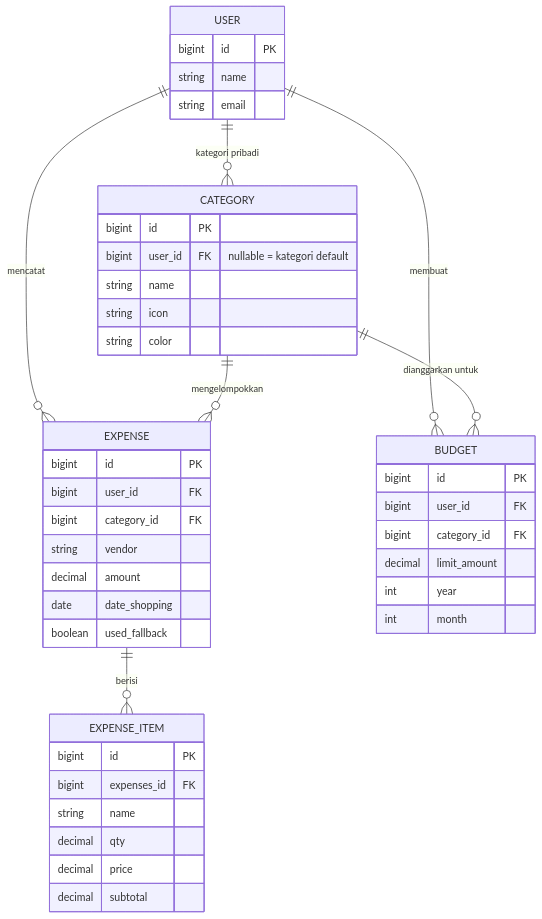
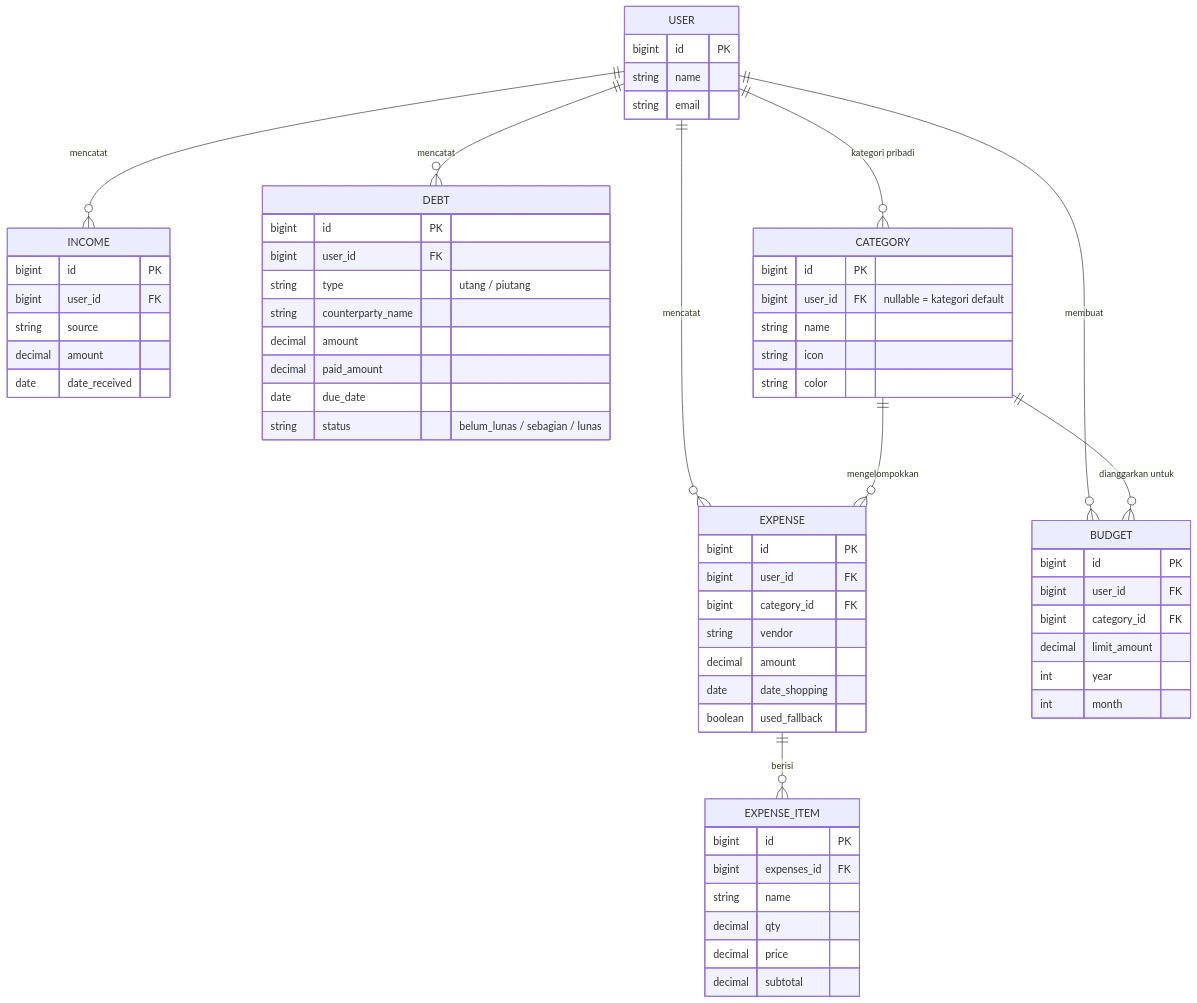
One commit to Skywalker0715/Laravel-OCR-AI changed the second of 2 diagrams in README.md. Above: the diagram before and after it, drawn with Mermaid. The commit also changed other lines of this file and 62 other files, not shown here.

First line of the commit message:
Tambah fitur: Income, Utang Piutang, Kas Arus, dan Tanya AI

````diff
--- a/README.md
+++ b/README.md
@@ -230,47 +237,66 @@
 ```mermaid
 erDiagram
     USER ||--o{ EXPENSE : "mencatat"
+    USER ||--o{ INCOME : "mencatat"
+    USER ||--o{ DEBT : "mencatat"
     USER ||--o{ BUDGET : "membuat"
     USER ||--o{ CATEGORY : "kategori pribadi"
     CATEGORY ||--o{ EXPENSE : "mengelompokkan"
     CATEGORY ||--o{ BUDGET : "dianggarkan untuk"
     EXPENSE ||--o{ EXPENSE_ITEM : "berisi"
 
     USER {
         bigint id PK
         string name
         string email
+    }
+    INCOME {
+        bigint id PK
+        bigint user_id FK
+        string source
+        decimal amount
+        date date_received
+    }
+    DEBT {
+        bigint id PK
+        bigint user_id FK
+        string type "utang / piutang"
+        string counterparty_name
+        decimal amount
+        decimal paid_amount
+        date due_date
+        string status "belum_lunas / sebagian / lunas"
     }
     EXPENSE {
         bigint id PK
         bigint user_id FK
         bigint category_id FK
         string vendor
         decimal amount
         date date_shopping
         boolean used_fallback
     }
     EXPENSE_ITEM {
         bigint id PK
         bigint expenses_id FK
         string name
         decimal qty
         decimal price
         decimal subtotal
     }
     CATEGORY {
         bigint id PK
         bigint user_id FK "nullable = kategori default"
         string name
         string icon
         string color
     }
     BUDGET {
         bigint id PK
         bigint user_id FK
         bigint category_id FK
         decimal limit_amount
         int year
         int month
     }
 ```
````
